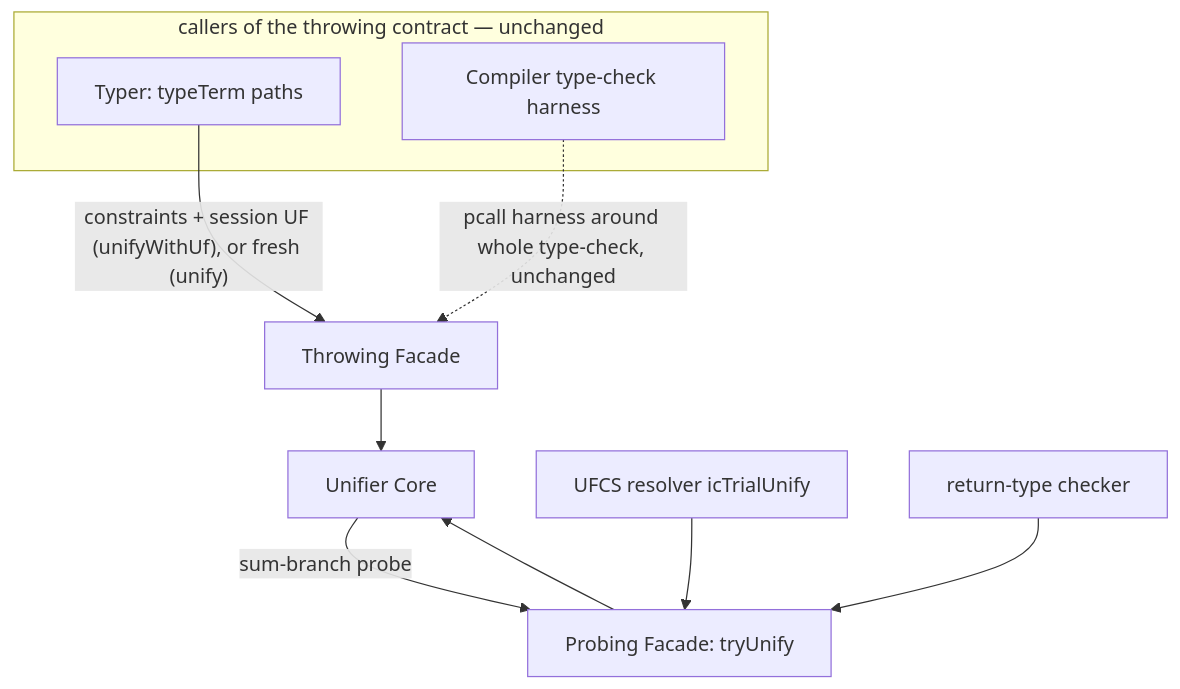
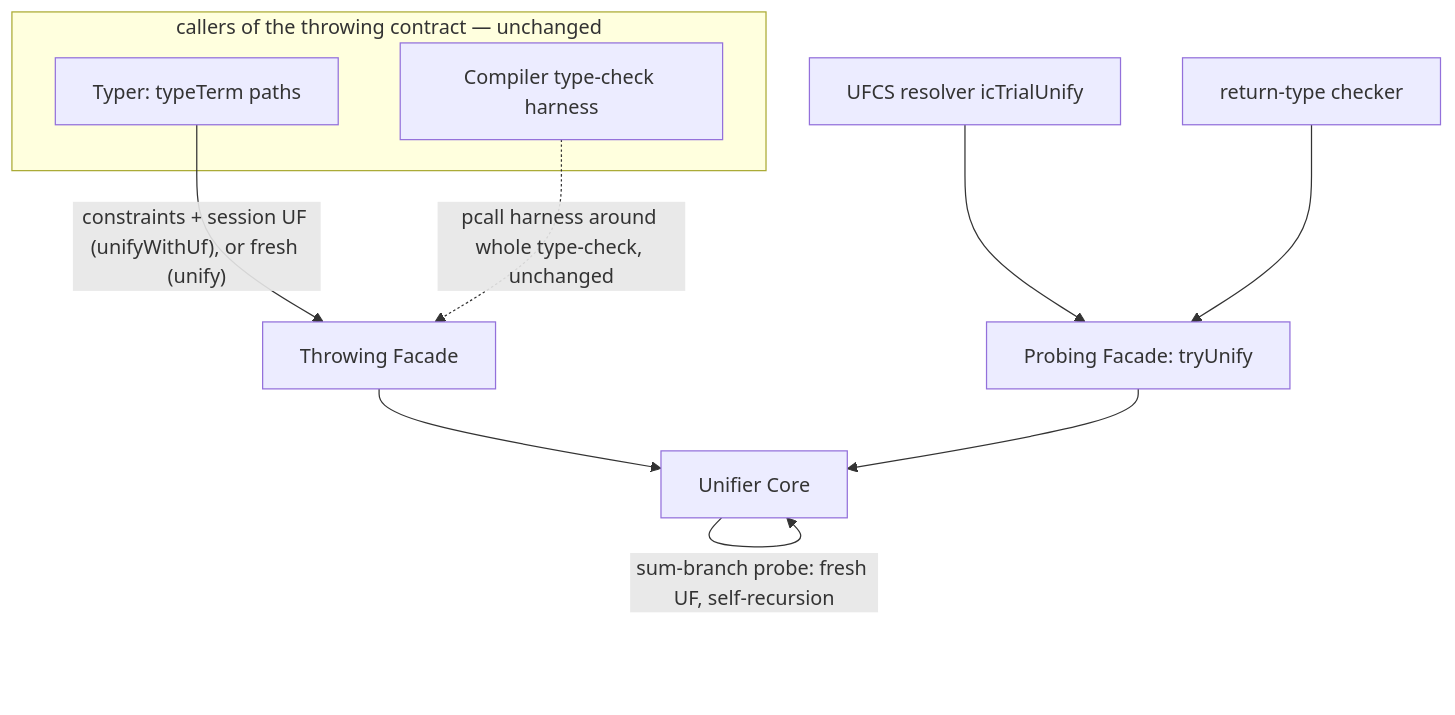
One commit to chi-lang/chicc changed the diagram in docs/excavation/tryunify/01-architecture.md. Above: the diagram before and after it, drawn with Mermaid. The commit also changed other lines of this file and 4 other files, not shown here.

````diff
--- a/docs/excavation/tryunify/01-architecture.md
+++ b/docs/excavation/tryunify/01-architecture.md
@@ -32,14 +36,14 @@
 ```mermaid
 flowchart TD
     subgraph CALLERS["callers of the throwing contract — unchanged"]
         TY["Typer: typeTerm paths"]
         TCH["Compiler type-check harness"]
     end
     TY -->|"constraints + session UF (unifyWithUf), or fresh (unify)"| TF["Throwing Facade"]
     TCH -.->|"pcall harness around whole type-check, unchanged"| TF
     TF --> CORE["Unifier Core"]
     PF["Probing Facade: tryUnify"] --> CORE
-    CORE -->|"sum-branch probe"| PF
+    CORE -->|"sum-branch probe: fresh UF, self-recursion"| CORE
     UR["UFCS resolver icTrialUnify"] --> PF
     RC["return-type checker"] --> PF
 ```
````
